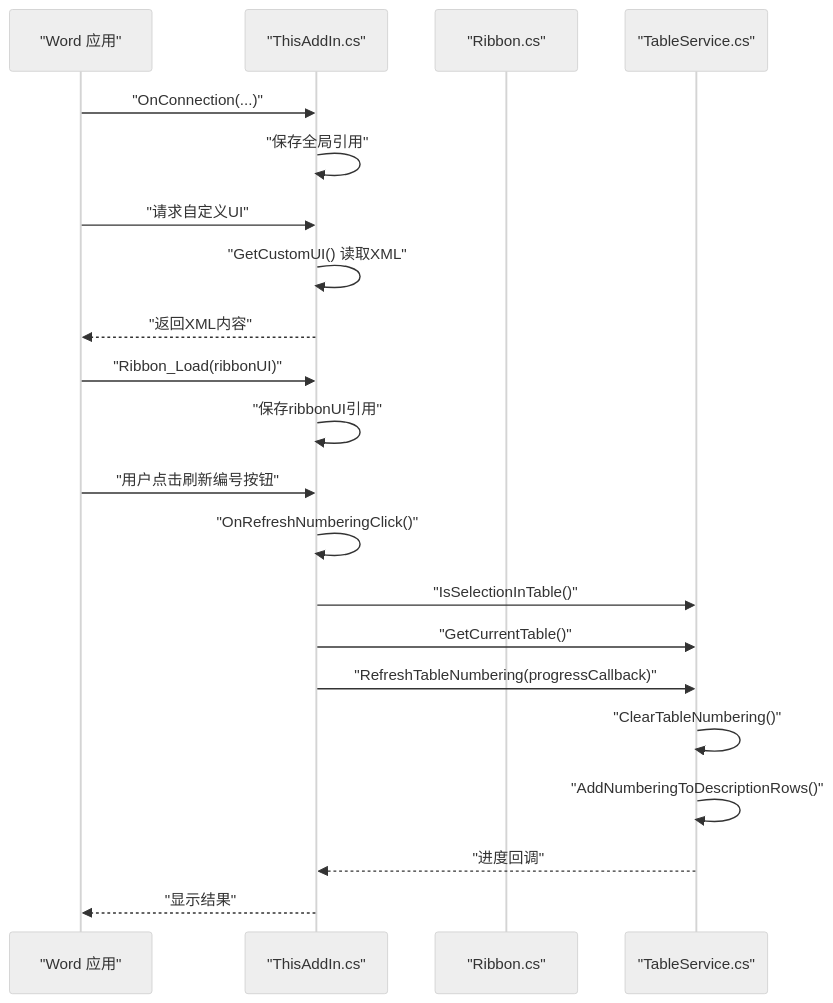
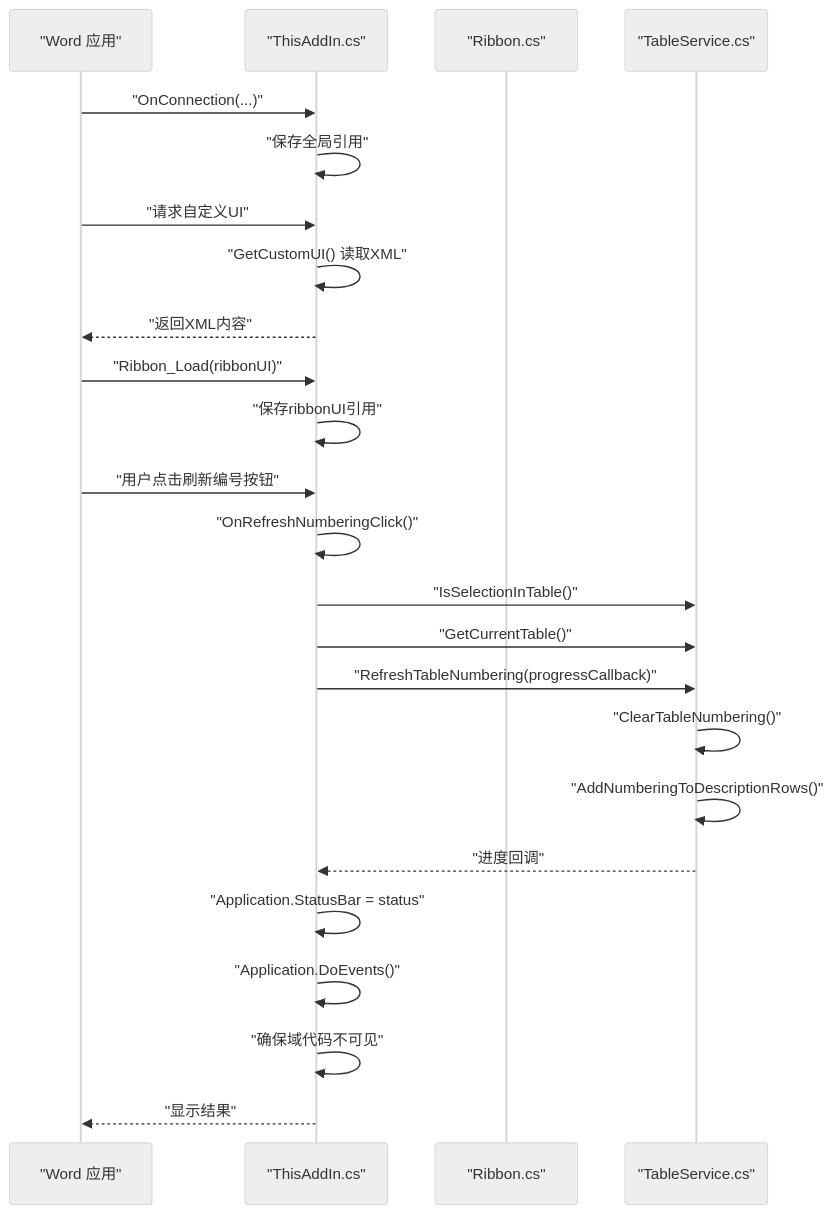
One commit to rainiva/WordTools changed the fifth of 12 diagrams in .qoder/repowiki/zh/content/架构设计/Ribbon界面系统.md. Above: the diagram before and after it, drawn with Mermaid (neutral theme). The commit also changed other lines of this file and 7 other files, not shown here.

````diff
--- a/.qoder/repowiki/zh/content/架构设计/Ribbon界面系统.md
+++ b/.qoder/repowiki/zh/content/架构设计/Ribbon界面系统.md
@@ -213,23 +214,26 @@
 ```mermaid
 sequenceDiagram
 participant Word as "Word 应用"
 participant AddIn as "ThisAddIn.cs"
 participant Ribbon as "Ribbon.cs"
 participant TableService as "TableService.cs"
 Word->>AddIn : "OnConnection(...)"
 AddIn->>AddIn : "保存全局引用"
 Word->>AddIn : "请求自定义UI"
 AddIn->>AddIn : "GetCustomUI() 读取XML"
 AddIn-->>Word : "返回XML内容"
 Word->>AddIn : "Ribbon_Load(ribbonUI)"
 AddIn->>AddIn : "保存ribbonUI引用"
 Word->>AddIn : "用户点击刷新编号按钮"
 AddIn->>AddIn : "OnRefreshNumberingClick()"
 AddIn->>TableService : "IsSelectionInTable()"
 AddIn->>TableService : "GetCurrentTable()"
 AddIn->>TableService : "RefreshTableNumbering(progressCallback)"
 TableService->>TableService : "ClearTableNumbering()"
 TableService->>TableService : "AddNumberingToDescriptionRows()"
 TableService-->>AddIn : "进度回调"
+AddIn->>AddIn : "Application.StatusBar = status"
+AddIn->>AddIn : "Application.DoEvents()"
+AddIn->>AddIn : "确保域代码不可见"
 AddIn-->>Word : "显示结果"
 ```
````
